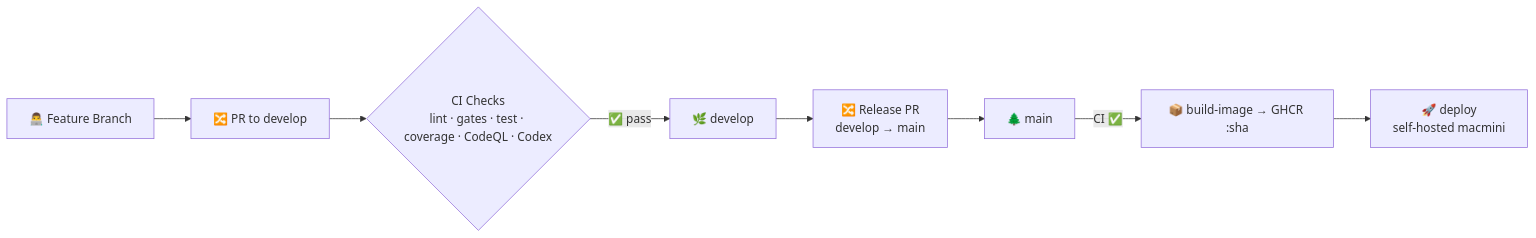
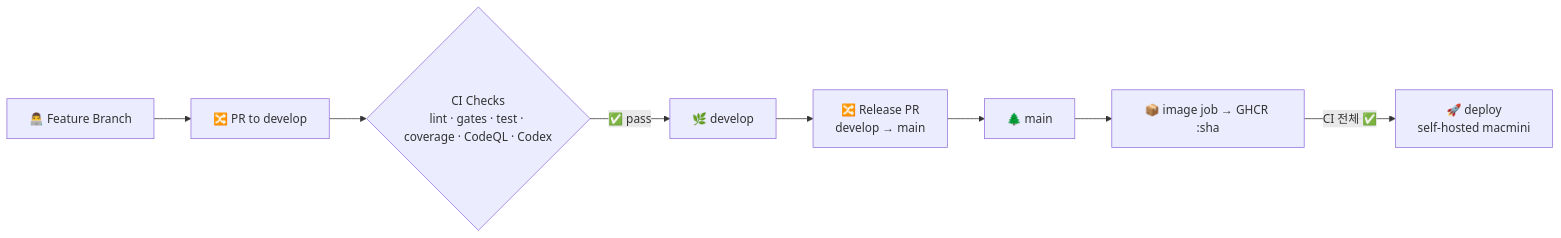
Before and after one commit to CaQuick/caquick-be: the third of 3 diagrams in README.md, drawn with Mermaid. The commit also changed other lines of this file and 6 other files, not shown here.

````diff
--- a/README.md
+++ b/README.md
@@ -419,16 +419,16 @@
 ```mermaid
 flowchart LR
     Dev[👨‍💻 Feature Branch]
     PR[🔀 PR to develop]
     Checks{CI Checks<br/>lint · gates · test · coverage · CodeQL · Codex}
     Develop[🌿 develop]
     Release[🔀 Release PR<br/>develop → main]
     Main[🌲 main]
-    Image[📦 build-image → GHCR :sha]
+    Image[📦 image job → GHCR :sha]
     Deploy[🚀 deploy<br/>self-hosted macmini]
 
     Dev --> PR --> Checks
     Checks -->|✅ pass| Develop
     Develop --> Release --> Main
-    Main -->|CI ✅| Image --> Deploy
+    Main --> Image -->|CI 전체 ✅| Deploy
 ```
````
